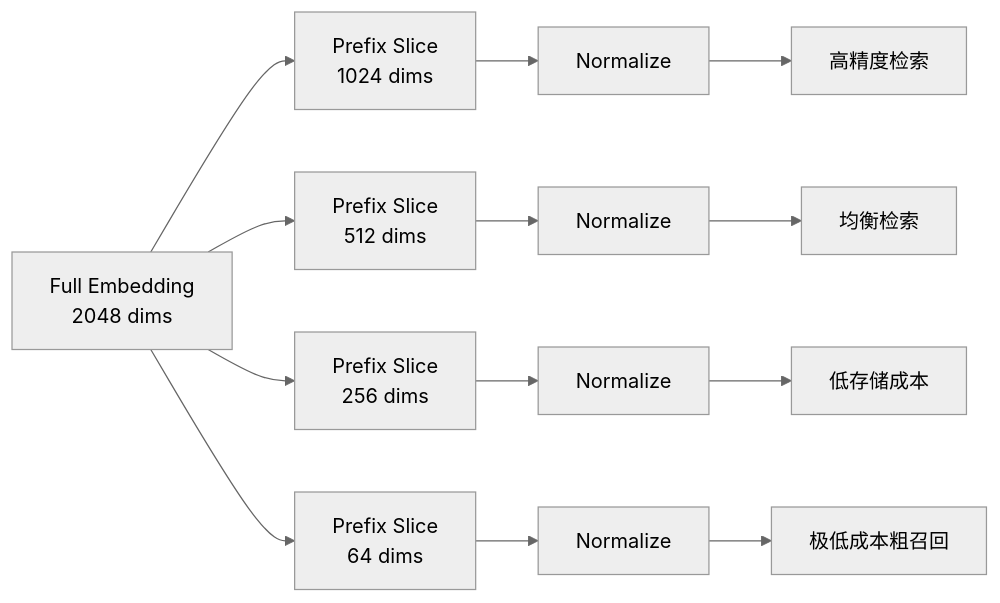
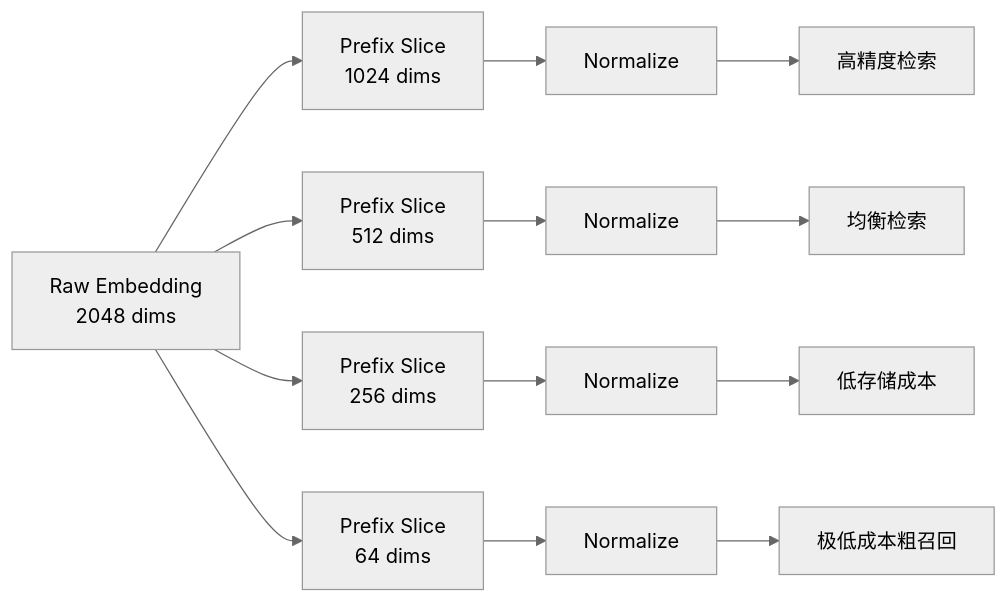
The eighth of 12 diagrams in README.md (HuangHaoyu1997/learn-vlm-train-in-one-file), drawn with Mermaid (neutral theme) before and after one commit. The commit also changed other lines of this file, not shown here.

````diff
--- a/README.md
+++ b/README.md
@@ -410,15 +525,15 @@
 ```mermaid
 flowchart LR
-  Z2048["Full Embedding<br/>2048 dims"] --> Z1024["Prefix Slice<br/>1024 dims"]
-  Z2048 --> Z512["Prefix Slice<br/>512 dims"]
-  Z2048 --> Z256["Prefix Slice<br/>256 dims"]
-  Z2048 --> Z64["Prefix Slice<br/>64 dims"]
+  E["Raw Embedding<br/>2048 dims"] --> Z1024["Prefix Slice<br/>1024 dims"]
+  E --> Z512["Prefix Slice<br/>512 dims"]
+  E --> Z256["Prefix Slice<br/>256 dims"]
+  E --> Z64["Prefix Slice<br/>64 dims"]
   Z1024 --> N1["Normalize"]
   Z512 --> N2["Normalize"]
   Z256 --> N3["Normalize"]
   Z64 --> N4["Normalize"]
   N1 --> USE1["高精度检索"]
   N2 --> USE2["均衡检索"]
   N3 --> USE3["低存储成本"]
   N4 --> USE4["极低成本粗召回"]
 ```
````
